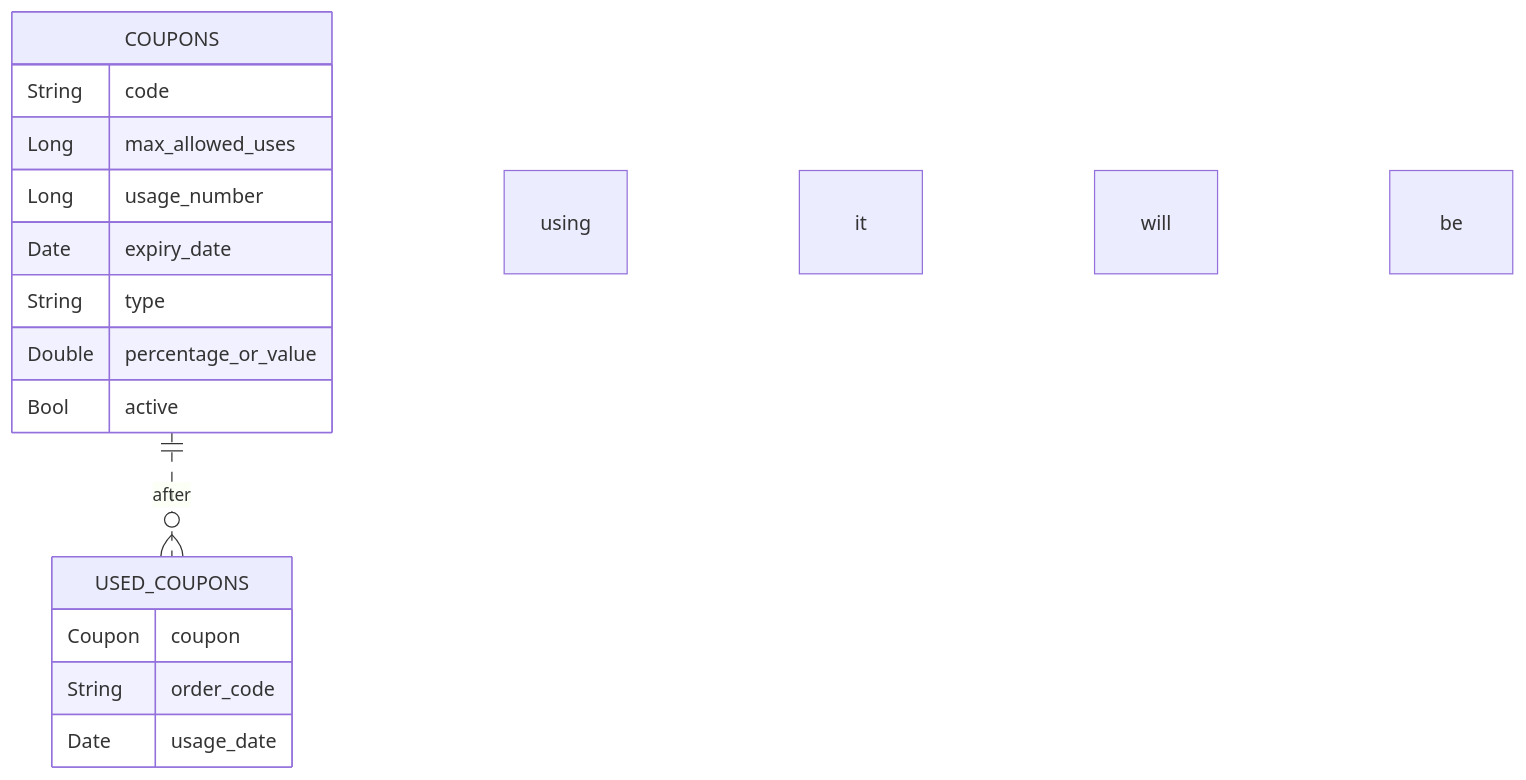
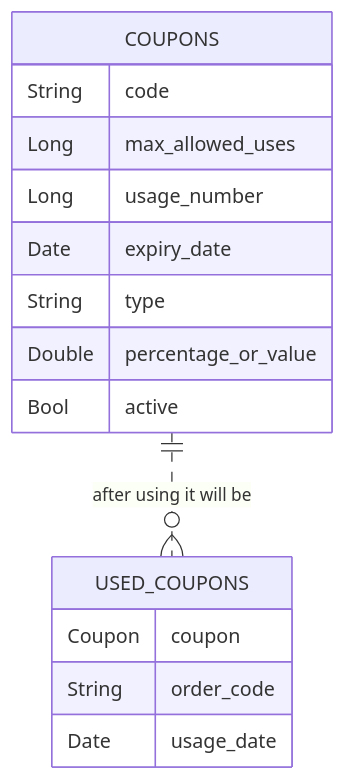
One commit to abdelaziz-ashraf/.github changed the sixth of 7 diagrams in profile/README.md. Above: the diagram before and after it, drawn with Mermaid. The commit also changed other lines of this file, not shown here.

````diff
--- a/profile/README.md
+++ b/profile/README.md
@@ -231,20 +228,20 @@
 ```mermaid
 erDiagram
-    COUPONS ||..o{ USED_COUPONS : after using it will be
+    COUPONS ||..o{ USED_COUPONS : "after using it will be"
     COUPONS {
         String      code
         Long        max_allowed_uses
         Long        usage_number
         Date        expiry_date
         String      type
         Double      percentage_or_value
         Bool        active
     }
 
     USED_COUPONS {
         Coupon      coupon
         String      order_code
         Date        usage_date
     }
 
 ```
````
